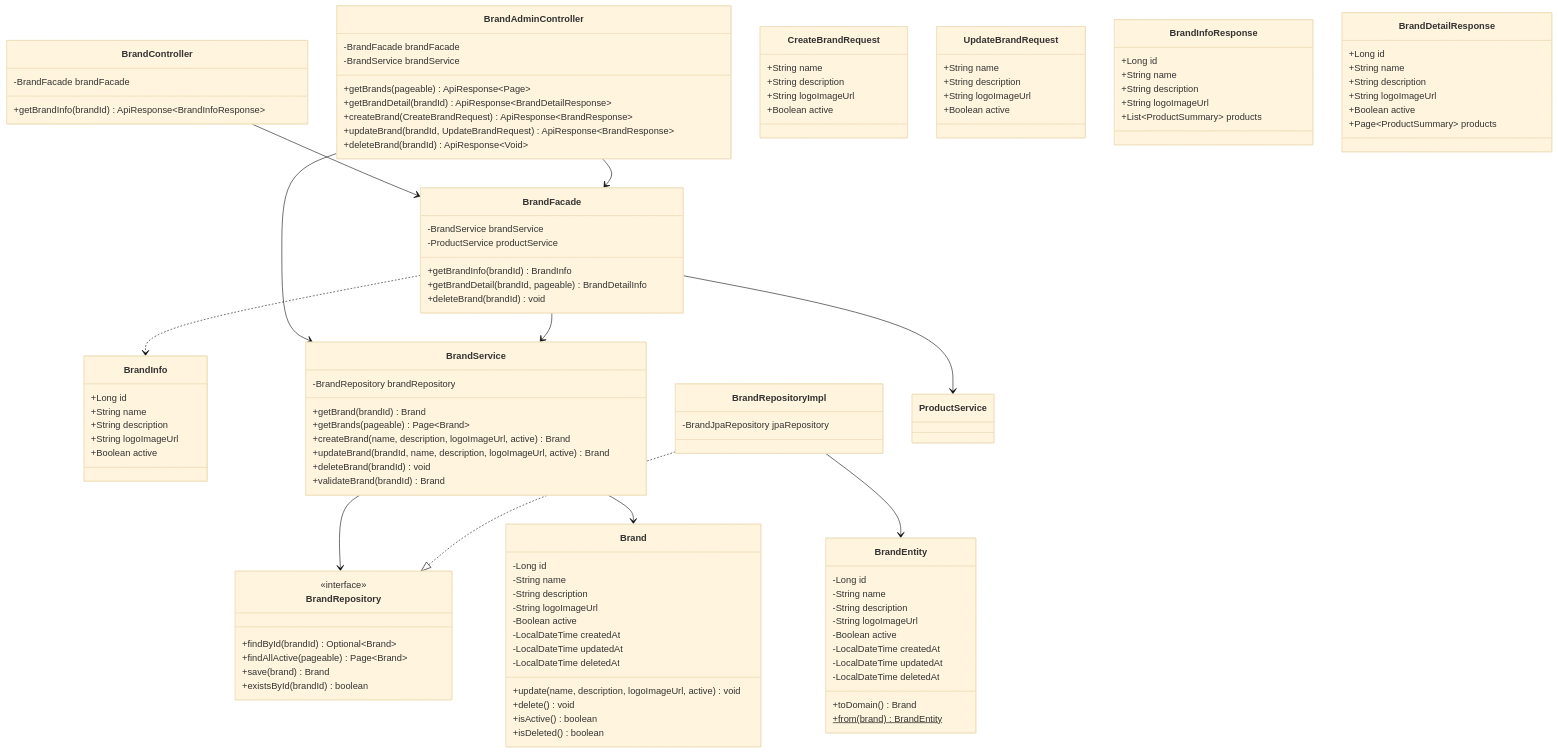
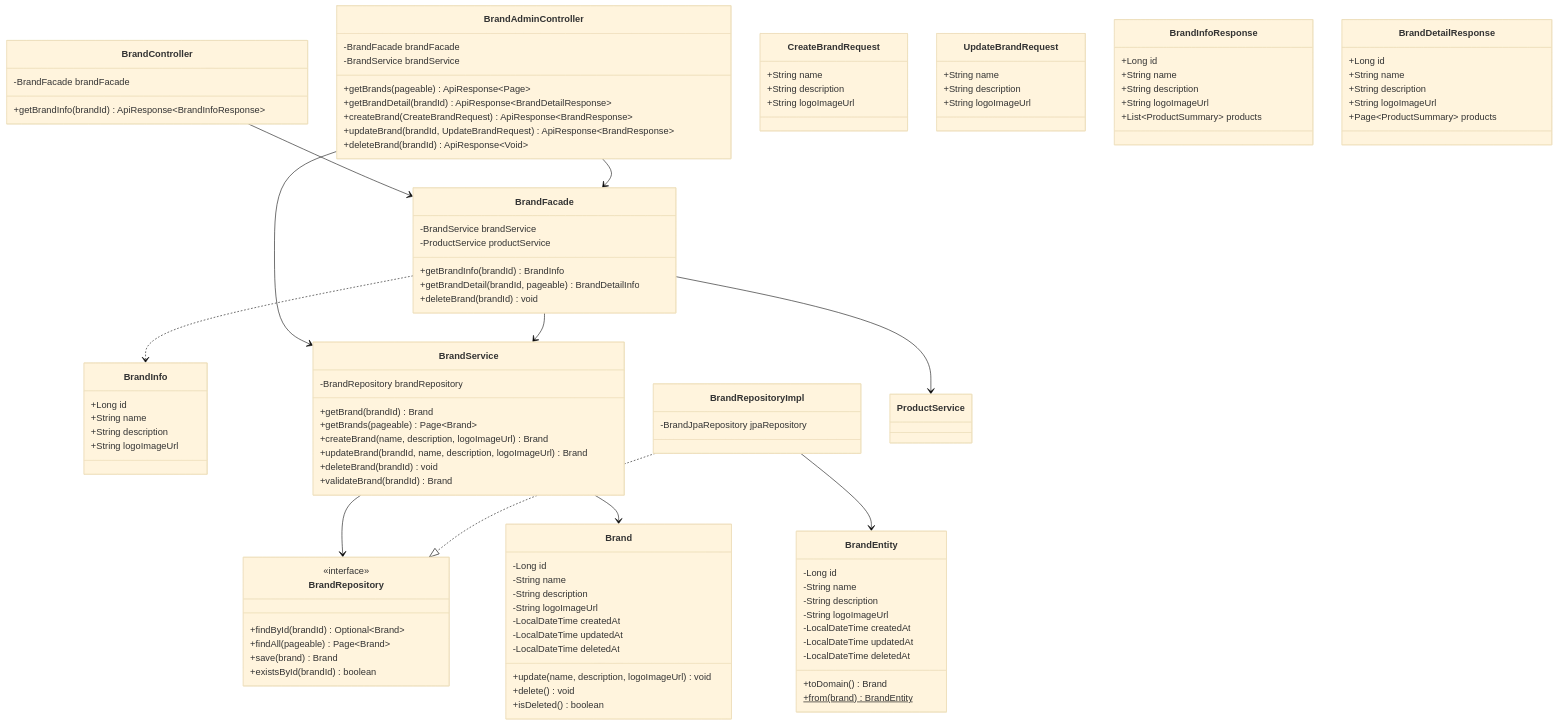
The third of 11 diagrams in docs/design/03-class-diagram.md (letter333/loop-pack-be-l2-vol3-java), drawn with Mermaid (base theme) before and after one commit. The commit also changed other lines of this file and 3 other files, not shown here.

```diff
--- a/docs/design/03-class-diagram.md
+++ b/docs/design/03-class-diagram.md
@@ -191,14 +191,12 @@
         +String name
         +String description
         +String logoImageUrl
-        +Boolean active
     }
 
     class UpdateBrandRequest {
         +String name
         +String description
         +String logoImageUrl
-        +Boolean active
     }
 
     class BrandInfoResponse {
@@ -214,7 +212,6 @@
         +String name
         +String description
         +String logoImageUrl
-        +Boolean active
         +Page~ProductSummary~ products
     }
 
@@ -232,7 +229,6 @@
         +String name
         +String description
         +String logoImageUrl
-        +Boolean active
     }
 
     %% Domain Layer
@@ -241,13 +237,11 @@
         -String name
         -String description
         -String logoImageUrl
-        -Boolean active
         -LocalDateTime createdAt
         -LocalDateTime updatedAt
         -LocalDateTime deletedAt
-        +update(name, description, logoImageUrl, active) void
+        +update(name, description, logoImageUrl) void
         +delete() void
-        +isActive() boolean
         +isDeleted() boolean
     }
 
@@ -255,8 +249,8 @@
         -BrandRepository brandRepository
         +getBrand(brandId) Brand
         +getBrands(pageable) Page~Brand~
-        +createBrand(name, description, logoImageUrl, active) Brand
-        +updateBrand(brandId, name, description, logoImageUrl, active) Brand
+        +createBrand(name, description, logoImageUrl) Brand
+        +updateBrand(brandId, name, description, logoImageUrl) Brand
         +deleteBrand(brandId) void
         +validateBrand(brandId) Brand
     }
@@ -265,7 +259,7 @@
     class BrandRepository {
         <<interface>>
         +findById(brandId) Optional~Brand~
-        +findAllActive(pageable) Page~Brand~
+        +findAll(pageable) Page~Brand~
         +save(brand) Brand
         +existsById(brandId) boolean
     }
@@ -279,7 +273,6 @@
         -String name
         -String description
         -String logoImageUrl
-        -Boolean active
         -LocalDateTime createdAt
         -LocalDateTime updatedAt
         -LocalDateTime deletedAt
```
